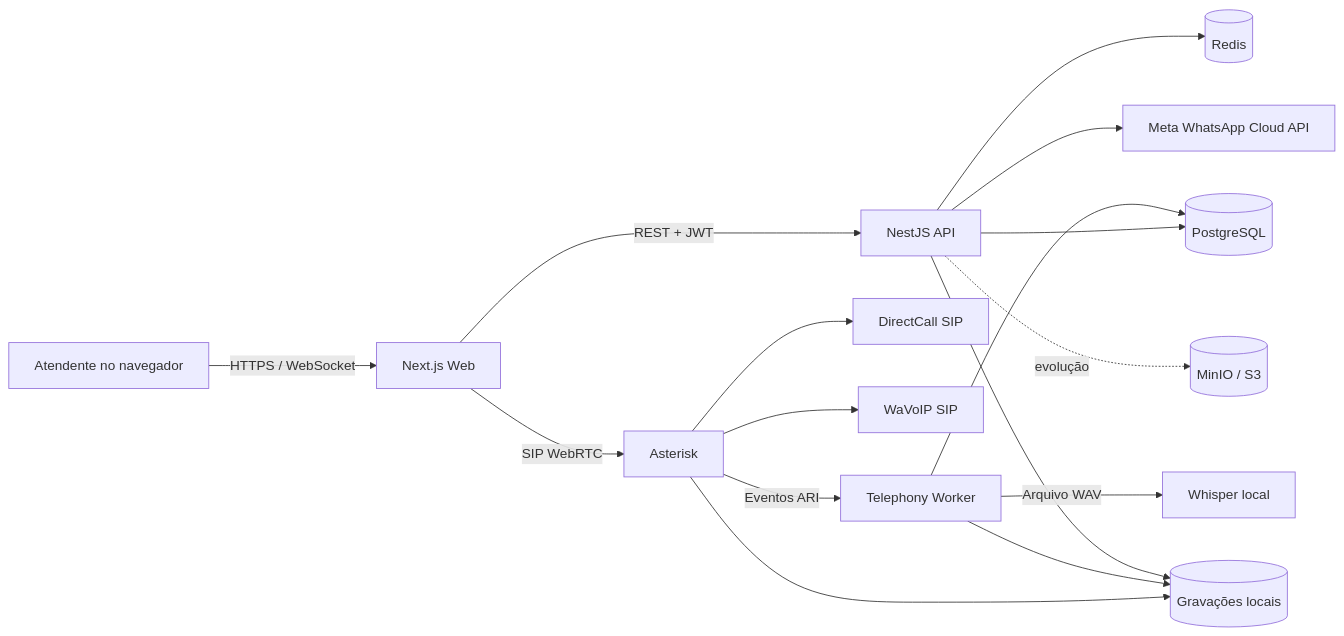
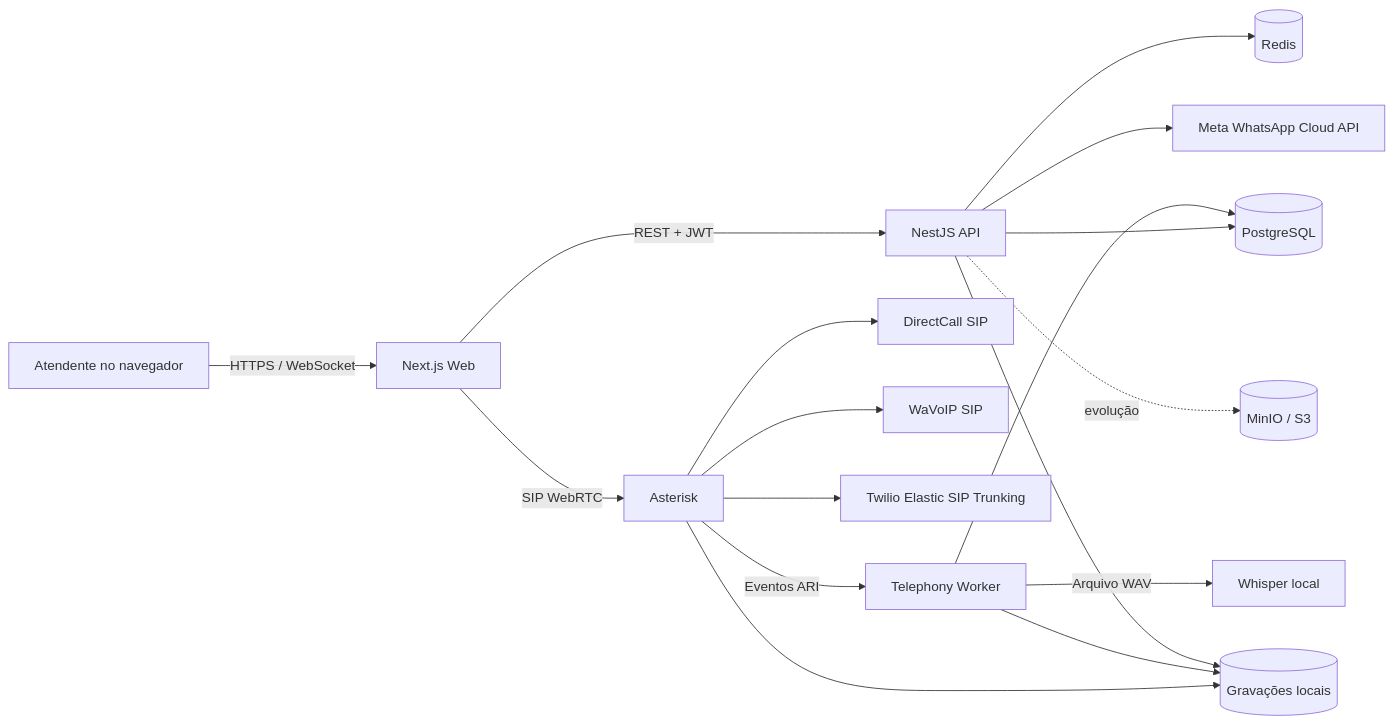
Before and after one commit to criatedavid-tech/Project-Sip: the diagram in README.md, drawn with Mermaid. The commit also changed other lines of this file and 19 other files, not shown here.

````diff
--- a/README.md
+++ b/README.md
@@ -79,18 +86,19 @@
 ```mermaid
 flowchart LR
     U[Atendente no navegador] -->|HTTPS / WebSocket| W[Next.js Web]
     W -->|REST + JWT| A[NestJS API]
     W -->|SIP WebRTC| PBX[Asterisk]
     A --> DB[(PostgreSQL)]
     A --> R[(Redis)]
     A --> M[Meta WhatsApp Cloud API]
     PBX --> DC[DirectCall SIP]
     PBX --> WV[WaVoIP SIP]
+    PBX --> TWILIO[Twilio Elastic SIP Trunking]
     PBX -->|Eventos ARI| TW[Telephony Worker]
     TW --> DB
     TW -->|Arquivo WAV| WH[Whisper local]
     PBX --> FS[(Gravações locais)]
     TW --> FS
     A --> FS
     A -. evolução .-> S3[(MinIO / S3)]
 ```
````
